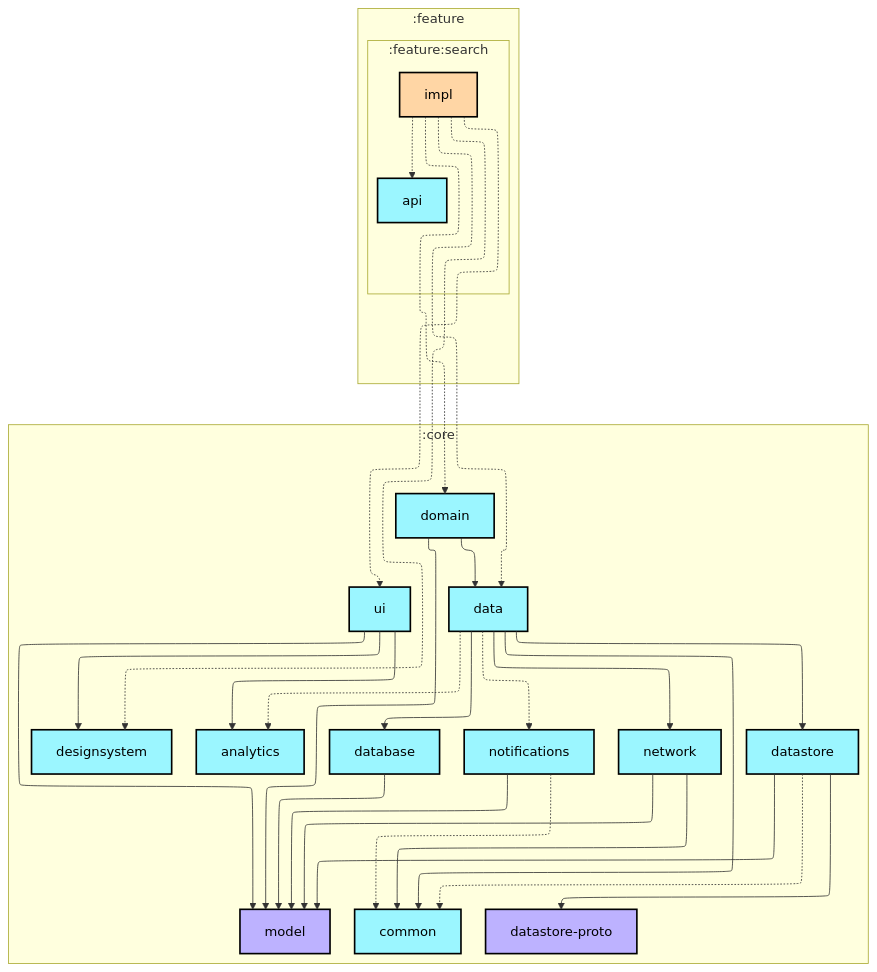
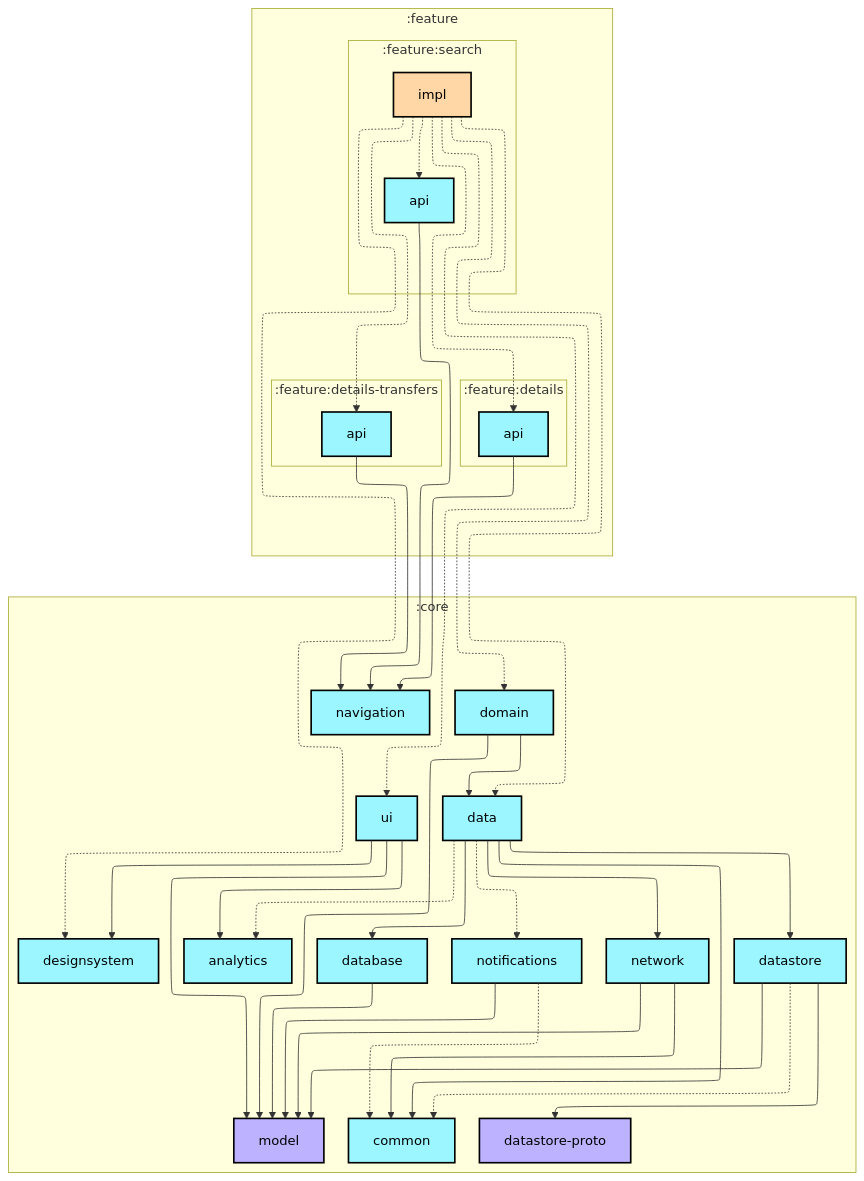
Before and after one commit to krystianchalimoniuk/nowinkitransferowe: the first of 2 diagrams in feature/search/impl/README.md, drawn with Mermaid. The commit also changed 95 other files, not shown here.

````diff
--- a/feature/search/impl/README.md
+++ b/feature/search/impl/README.md
@@ -6,64 +6,78 @@
 ```mermaid
 ---
 config:
   layout: elk
   elk:
     nodePlacementStrategy: SIMPLE
 ---
 graph TB
   subgraph :feature
     direction TB
     subgraph :feature:search
       direction TB
       :feature:search:api[api]:::android-library
       :feature:search:impl[impl]:::android-feature
     end
+    subgraph :feature:details
+      direction TB
+      :feature:details:api[api]:::android-library
+    end
+    subgraph :feature:details-transfers
+      direction TB
+      :feature:details-transfers:api[api]:::android-library
+    end
   end
   subgraph :core
     direction TB
     :core:analytics[analytics]:::android-library
     :core:common[common]:::android-library
     :core:data[data]:::android-library
     :core:database[database]:::android-library
     :core:datastore[datastore]:::android-library
     :core:datastore-proto[datastore-proto]:::jvm-library
     :core:designsystem[designsystem]:::android-library
     :core:domain[domain]:::android-library
     :core:model[model]:::jvm-library
+    :core:navigation[navigation]:::android-library
     :core:network[network]:::android-library
     :core:notifications[notifications]:::android-library
     :core:ui[ui]:::android-library
   end
 
   :core:data -.-> :core:analytics
   :core:data --> :core:common
   :core:data --> :core:database
   :core:data --> :core:datastore
   :core:data --> :core:network
   :core:data -.-> :core:notifications
   :core:database --> :core:model
   :core:datastore -.-> :core:common
   :core:datastore --> :core:datastore-proto
   :core:datastore --> :core:model
   :core:domain --> :core:data
   :core:domain --> :core:model
   :core:network --> :core:common
   :core:network --> :core:model
   :core:notifications -.-> :core:common
   :core:notifications --> :core:model
   :core:ui --> :core:analytics
   :core:ui --> :core:designsystem
   :core:ui --> :core:model
+  :feature:details-transfers:api --> :core:navigation
+  :feature:details:api --> :core:navigation
+  :feature:search:api --> :core:navigation
   :feature:search:impl -.-> :core:data
   :feature:search:impl -.-> :core:designsystem
   :feature:search:impl -.-> :core:domain
   :feature:search:impl -.-> :core:ui
+  :feature:search:impl -.-> :feature:details-transfers:api
+  :feature:search:impl -.-> :feature:details:api
   :feature:search:impl -.-> :feature:search:api
 
 classDef android-application fill:#CAFFBF,stroke:#000,stroke-width:2px,color:#000;
 classDef android-feature fill:#FFD6A5,stroke:#000,stroke-width:2px,color:#000;
 classDef android-library fill:#9BF6FF,stroke:#000,stroke-width:2px,color:#000;
 classDef android-test fill:#A0C4FF,stroke:#000,stroke-width:2px,color:#000;
 classDef jvm-library fill:#BDB2FF,stroke:#000,stroke-width:2px,color:#000;
 classDef unknown fill:#FFADAD,stroke:#000,stroke-width:2px,color:#000;
 ```
````
